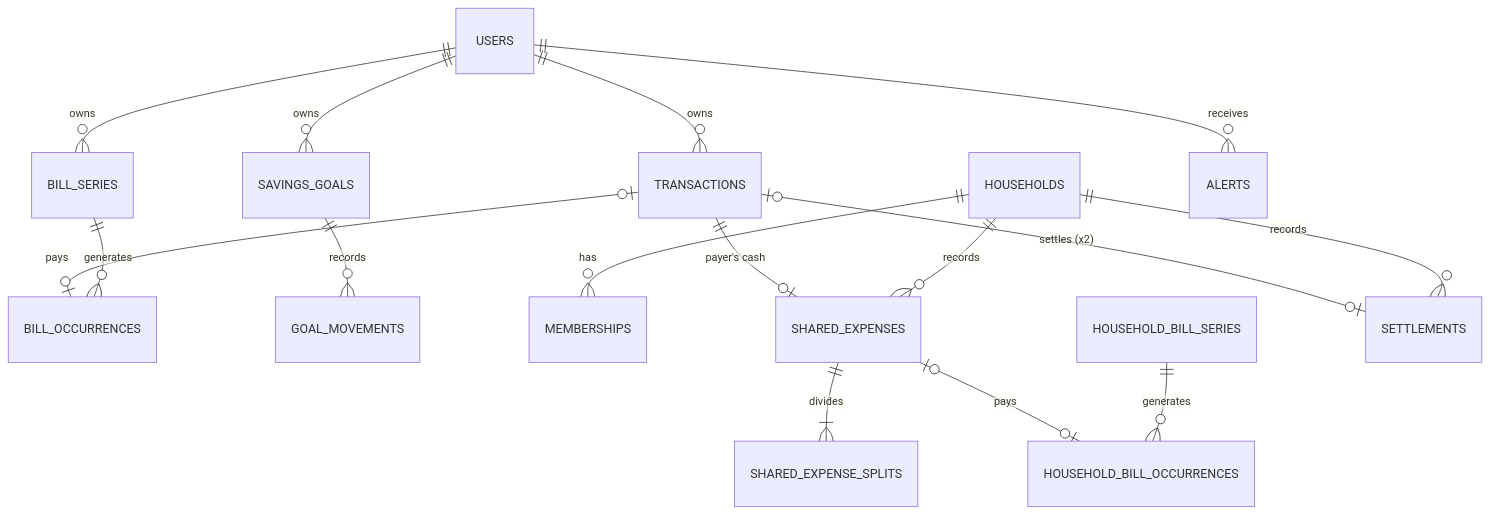
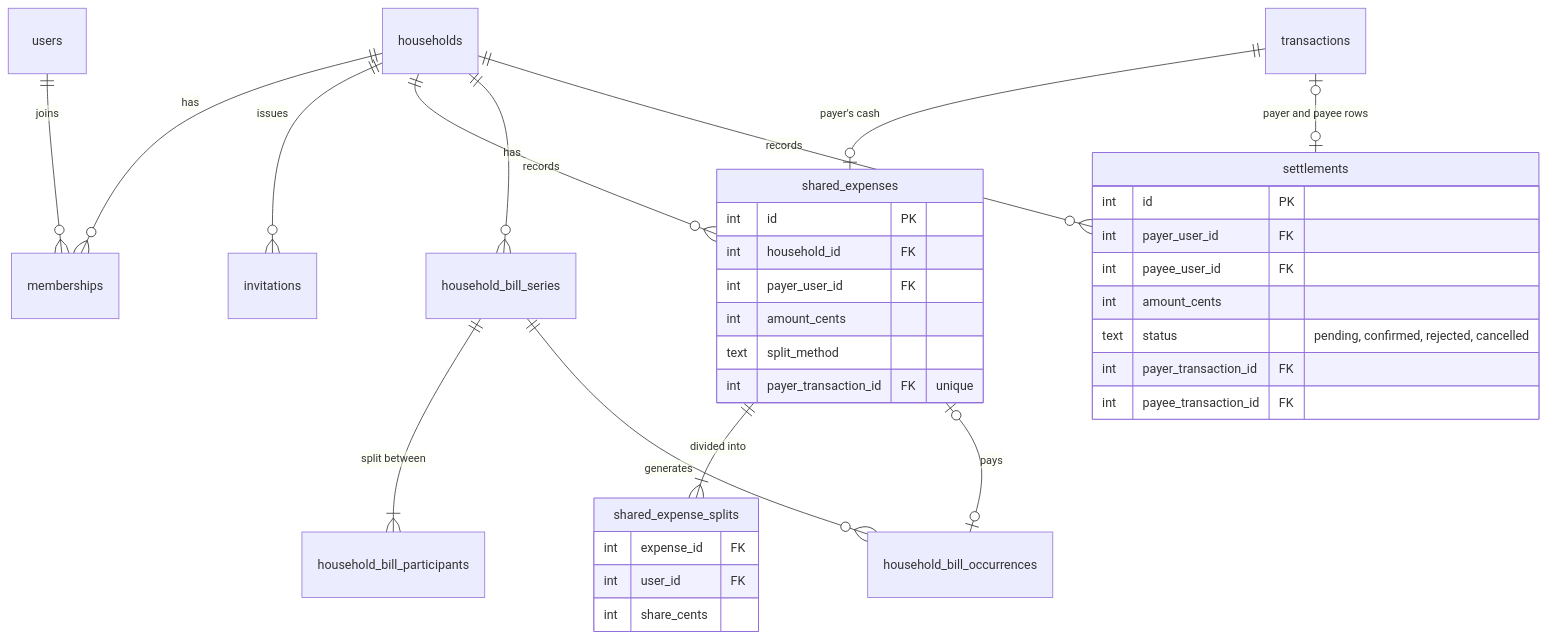
The third of 3 diagrams in docs/report.md (Sanad-AlBilleh/Float), drawn with Mermaid before and after one commit. The commit also changed other lines of this file and 5 other files, not shown here.

````diff
--- a/docs/report.md
+++ b/docs/report.md
@@ -125,18 +128,37 @@
 ```mermaid
 erDiagram
-    USERS ||--o{ TRANSACTIONS : owns
-    USERS ||--o{ BILL_SERIES : owns
-    BILL_SERIES ||--o{ BILL_OCCURRENCES : generates
-    TRANSACTIONS |o--o| BILL_OCCURRENCES : pays
-    USERS ||--o{ SAVINGS_GOALS : owns
-    SAVINGS_GOALS ||--o{ GOAL_MOVEMENTS : records
-    HOUSEHOLDS ||--o{ MEMBERSHIPS : has
-    HOUSEHOLDS ||--o{ SHARED_EXPENSES : records
-    SHARED_EXPENSES ||--|{ SHARED_EXPENSE_SPLITS : divides
-    TRANSACTIONS ||--o| SHARED_EXPENSES : "payer's cash"
-    HOUSEHOLD_BILL_SERIES ||--o{ HOUSEHOLD_BILL_OCCURRENCES : generates
-    SHARED_EXPENSES |o--o| HOUSEHOLD_BILL_OCCURRENCES : pays
-    HOUSEHOLDS ||--o{ SETTLEMENTS : records
-    TRANSACTIONS |o--o| SETTLEMENTS : "settles (x2)"
-    USERS ||--o{ ALERTS : receives
+    households ||--o{ memberships : has
+    users ||--o{ memberships : joins
+    households ||--o{ invitations : issues
+    households ||--o{ shared_expenses : records
+    shared_expenses ||--|{ shared_expense_splits : "divided into"
+    transactions ||--o| shared_expenses : "payer's cash"
+    households ||--o{ household_bill_series : has
+    household_bill_series ||--|{ household_bill_participants : "split between"
+    household_bill_series ||--o{ household_bill_occurrences : generates
+    shared_expenses |o--o| household_bill_occurrences : pays
+    households ||--o{ settlements : records
+    transactions |o--o| settlements : "payer and payee rows"
+    shared_expenses {
+        int id PK
+        int household_id FK
+        int payer_user_id FK
+        int amount_cents
+        text split_method
+        int payer_transaction_id FK "unique"
+    }
+    shared_expense_splits {
+        int expense_id FK
+        int user_id FK
+        int share_cents
+    }
+    settlements {
+        int id PK
+        int payer_user_id FK
+        int payee_user_id FK
+        int amount_cents
+        text status "pending, confirmed, rejected, cancelled"
+        int payer_transaction_id FK
+        int payee_transaction_id FK
+    }
 ```
````
